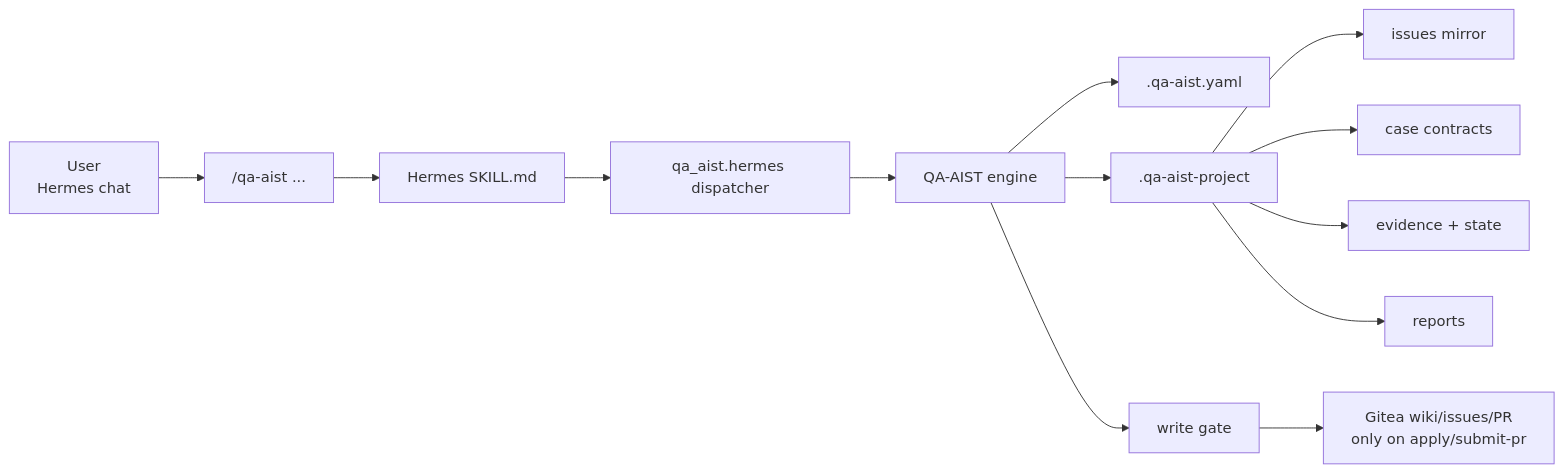
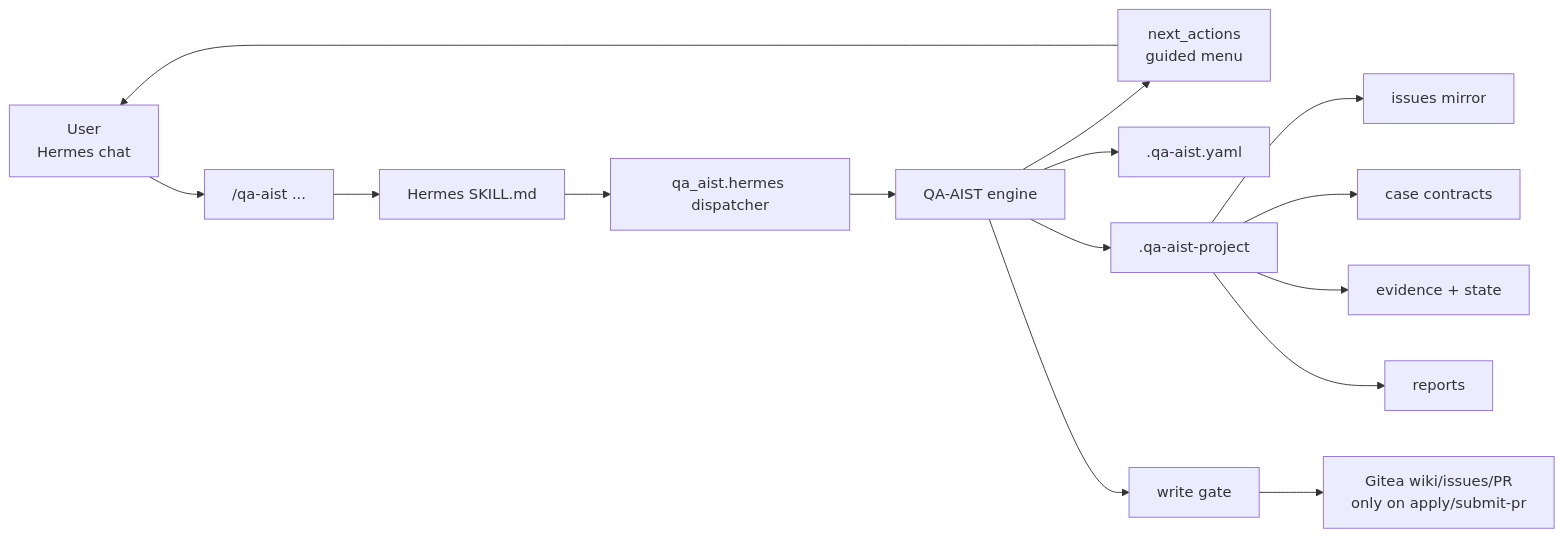
The first of 2 diagrams in README.md (siriChiu/quality-assurance-AI-system-testing), drawn with Mermaid before and after one commit. The commit also changed other lines of this file and 15 other files, not shown here.

````diff
--- a/README.md
+++ b/README.md
@@ -20,15 +20,17 @@
 ```mermaid
 flowchart LR
   user["User<br/>Hermes chat"] --> slash["/qa-aist ..."]
   slash --> skill["Hermes SKILL.md"]
   skill --> dispatcher["qa_aist.hermes dispatcher"]
   dispatcher --> engine["QA-AIST engine"]
+  engine --> next["next_actions<br/>guided menu"]
+  next --> user
   engine --> cfg[".qa-aist.yaml"]
   engine --> ws[".qa-aist-project"]
   ws --> issues["issues mirror"]
   ws --> cases["case contracts"]
   ws --> evidence["evidence + state"]
   ws --> reports["reports"]
   engine --> gate["write gate"]
   gate --> gitea["Gitea wiki/issues/PR<br/>only on apply/submit-pr"]
 ```
````
